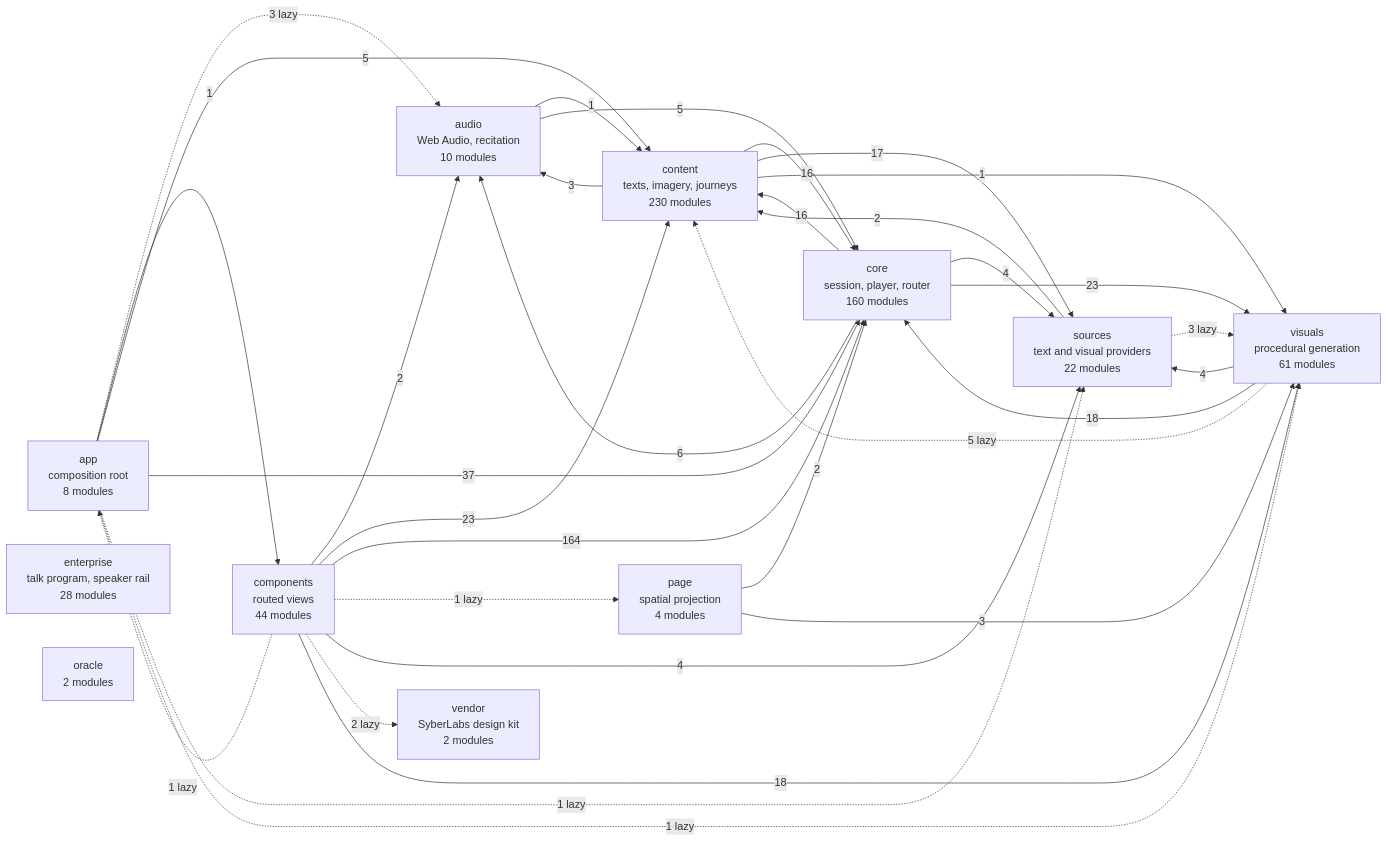
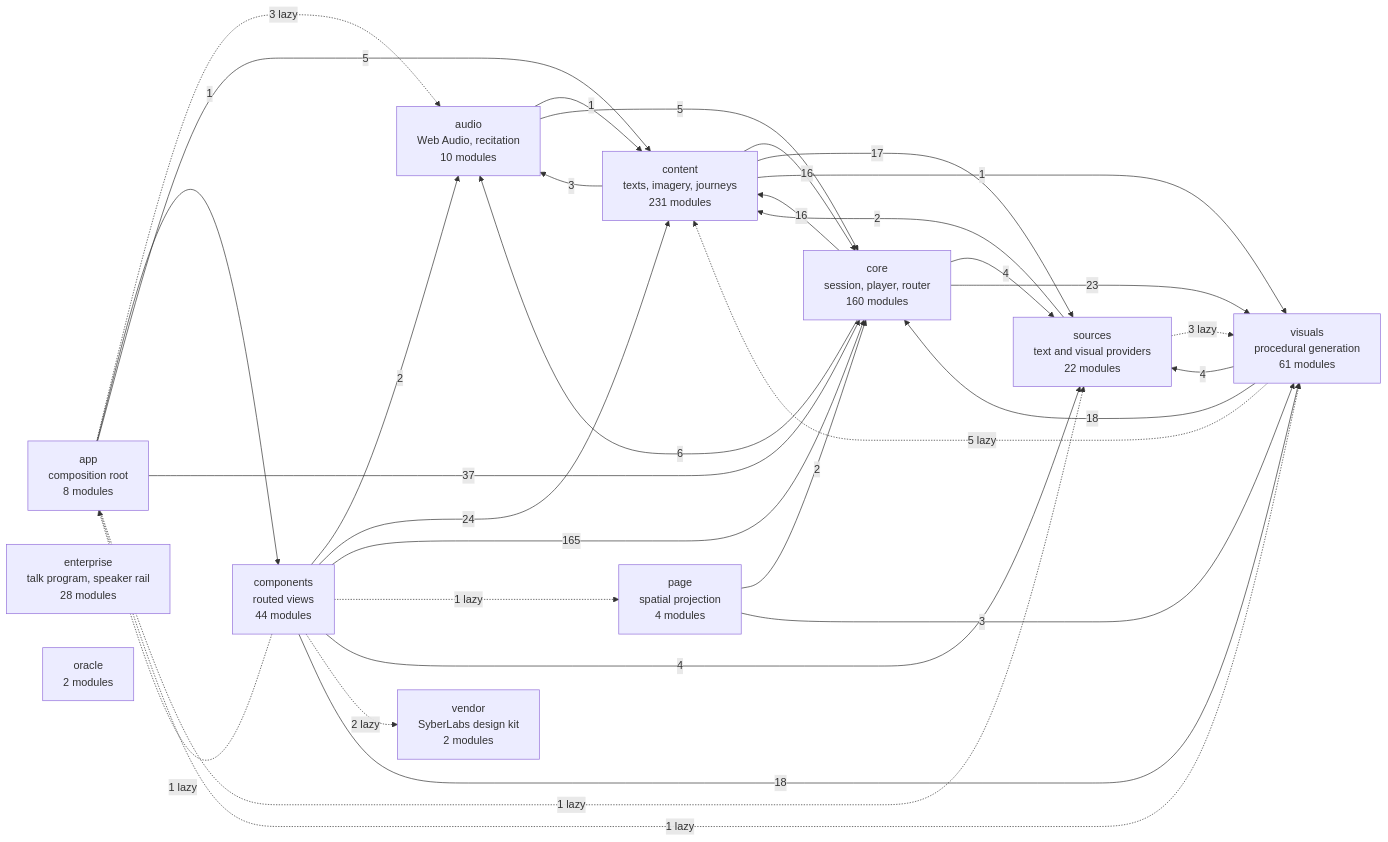
Before and after one commit to SyberLabs/RISE: the diagram in docs/specs/ARCHITECTURE.md, drawn with Mermaid.

Commit message:
Regenerate architecture diagram after rebase
Claude-Session: https://claude.ai/code/session_01WptKNiLzxtpDdtuyBvLjh7

````diff
--- a/docs/specs/ARCHITECTURE.md
+++ b/docs/specs/ARCHITECTURE.md
@@ -160,46 +160,46 @@
 ```mermaid
 flowchart LR
     app["app<br/>composition root<br/>8 modules"]
     audio["audio<br/>Web Audio, recitation<br/>10 modules"]
     components["components<br/>routed views<br/>44 modules"]
-    content["content<br/>texts, imagery, journeys<br/>230 modules"]
+    content["content<br/>texts, imagery, journeys<br/>231 modules"]
     core["core<br/>session, player, router<br/>160 modules"]
     enterprise["enterprise<br/>talk program, speaker rail<br/>28 modules"]
     oracle["oracle<br/>2 modules"]
     page["page<br/>spatial projection<br/>4 modules"]
     sources["sources<br/>text and visual providers<br/>22 modules"]
     vendor["vendor<br/>SyberLabs design kit<br/>2 modules"]
     visuals["visuals<br/>procedural generation<br/>61 modules"]
 
     app -.-> |3 lazy| audio
     app --> |1| components
     app --> |5| content
     app --> |37| core
     app -.-> |1 lazy| sources
     app -.-> |1 lazy| visuals
     audio --> |1| content
     audio --> |5| core
     components -.-> |1 lazy| app
     components --> |2| audio
-    components --> |23| content
-    components --> |164| core
+    components --> |24| content
+    components --> |165| core
     components -.-> |1 lazy| page
     components --> |4| sources
     components -.-> |2 lazy| vendor
     components --> |18| visuals
     content --> |3| audio
     content --> |16| core
     content --> |17| sources
     content --> |1| visuals
     core --> |6| audio
     core --> |16| content
     core --> |4| sources
     core --> |23| visuals
     page --> |2| core
     page --> |3| visuals
     sources --> |2| content
     sources -.-> |3 lazy| visuals
     visuals -.-> |5 lazy| content
     visuals --> |18| core
     visuals --> |4| sources
 ```
````
